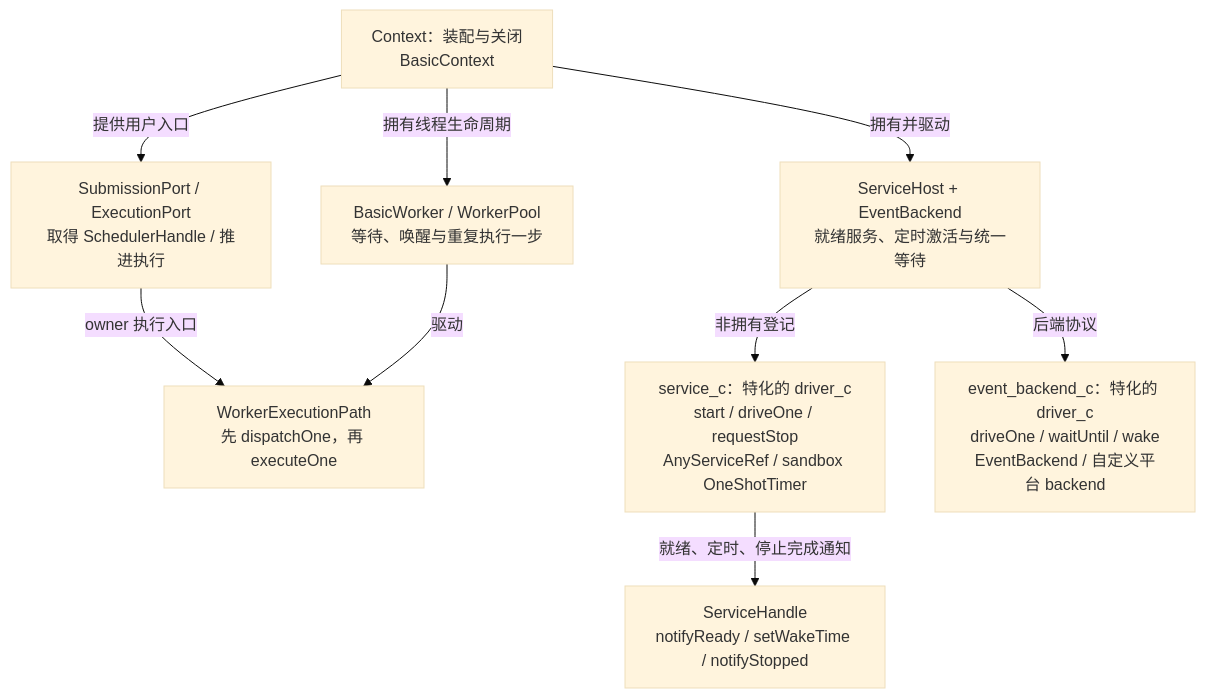
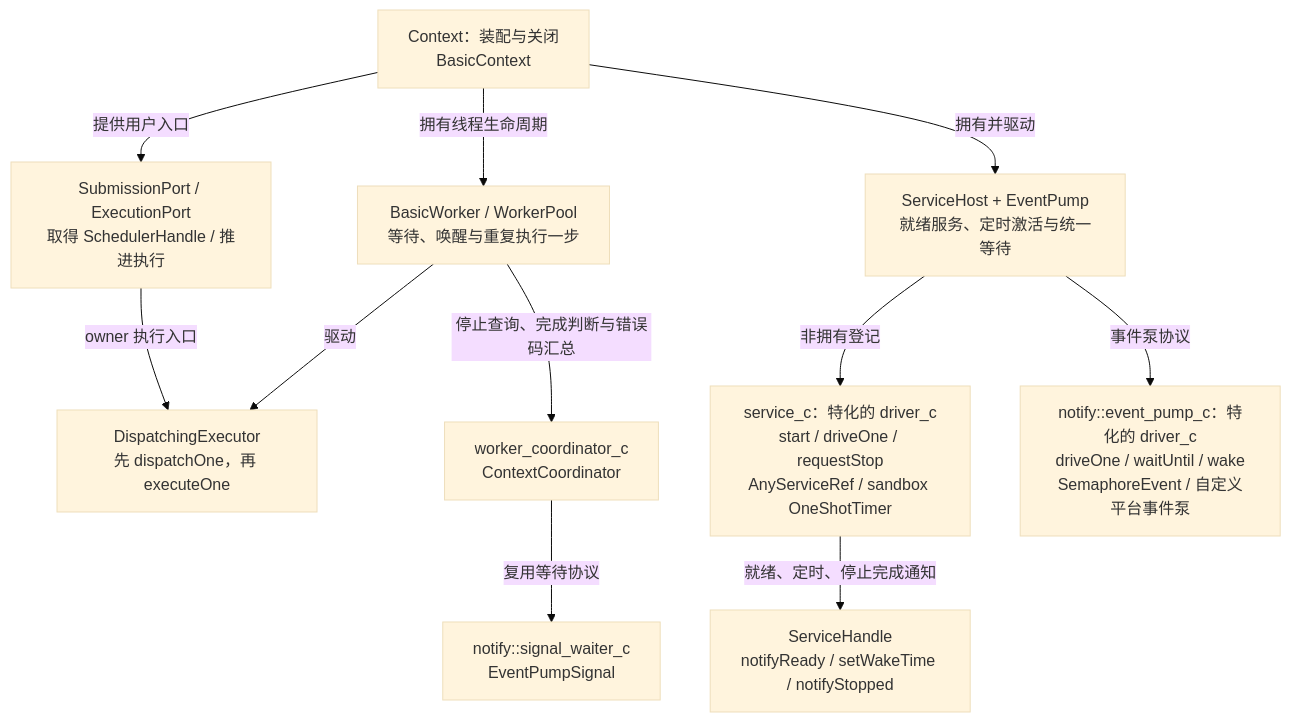
One commit to mmmmmcree/async changed the third of 7 diagrams in CORE_ARCHITECTURE.md. Above: the diagram before and after it, drawn with Mermaid (base theme). The commit also changed other lines of this file and 20 other files, not shown here.

Commit message:
worker_coordinator_c

````diff
--- a/CORE_ARCHITECTURE.md
+++ b/CORE_ARCHITECTURE.md
@@ -45,12 +45,14 @@
 ```mermaid
 flowchart TB
     context["Context：装配与关闭<br/>BasicContext"]
     context -->|提供用户入口| ports["SubmissionPort / ExecutionPort<br/>取得 SchedulerHandle / 推进执行"]
     context -->|拥有线程生命周期| workers["BasicWorker / WorkerPool<br/>等待、唤醒与重复执行一步"]
-    ports -->|owner 执行入口| path["WorkerExecutionPath<br/>先 dispatchOne，再 executeOne"]
-    workers -->|驱动| path
-    context -->|拥有并驱动| host["ServiceHost + EventBackend<br/>就绪服务、定时激活与统一等待"]
+    ports -->|owner 执行入口| executor["DispatchingExecutor<br/>先 dispatchOne，再 executeOne"]
+    workers -->|驱动| executor
+    workers -->|停止查询、完成判断与错误码汇总| coordinator["worker_coordinator_c<br/>ContextCoordinator"]
+    coordinator -->|复用等待协议| waiter["notify::signal_waiter_c<br/>EventPumpSignal"]
+    context -->|拥有并驱动| host["ServiceHost + EventPump<br/>就绪服务、定时激活与统一等待"]
     host -->|非拥有登记| service["service_c：特化的 driver_c<br/>start / driveOne / requestStop<br/>AnyServiceRef / sandbox OneShotTimer"]
-    host -->|后端协议| backend["event_backend_c：特化的 driver_c<br/>driveOne / waitUntil / wake<br/>EventBackend / 自定义平台 backend"]
+    host -->|事件泵协议| pump["notify::event_pump_c：特化的 driver_c<br/>driveOne / waitUntil / wake<br/>SemaphoreEvent / 自定义平台事件泵"]
     service -->|就绪、定时、停止完成通知| handle["ServiceHandle<br/>notifyReady / setWakeTime / notifyStopped"]
 ```
````
